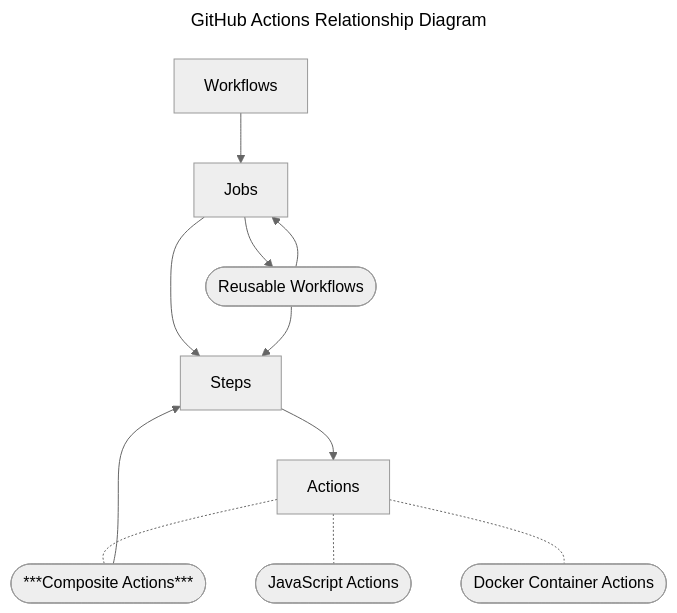
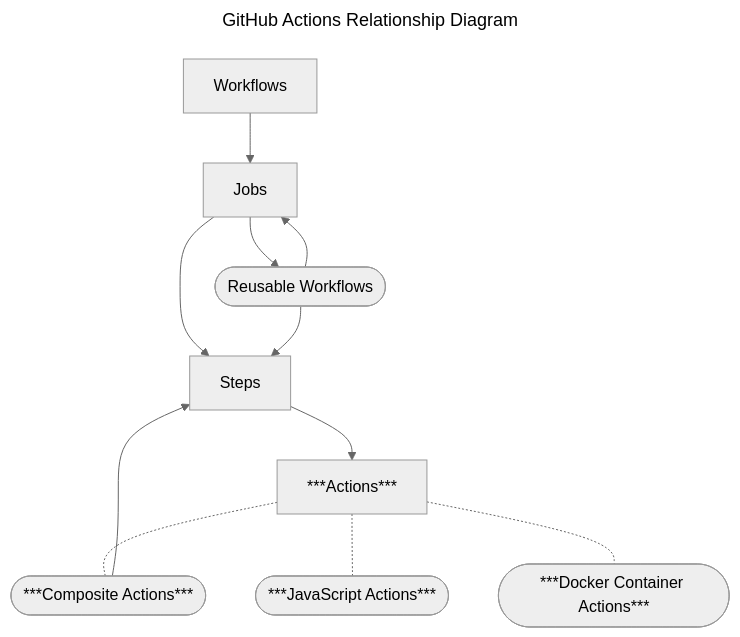
The diagram in README.md (devantler-tech/workflows), drawn with Mermaid (neutral theme) before and after one commit. The commit also changed other lines of this file, not shown here.

````diff
--- a/README.md
+++ b/README.md
@@ -10,16 +10,16 @@
 ```mermaid
 ---
 title: GitHub Actions Relationship Diagram
 ---
 flowchart TD
   A[Workflows] --> B[Jobs]
   B --> C([Reusable Workflows])
   B --> D[Steps]
   C --> D
   C --> B
-  D --> E[Actions]
+  D --> E[***Actions***]
   E -.- F([***Composite Actions***])
   F --> D
-  E -.- G([JavaScript Actions])
-  E -.- H([Docker Container Actions])
+  E -.- G([***JavaScript Actions***])
+  E -.- H([***Docker Container Actions***])
 ```
````
